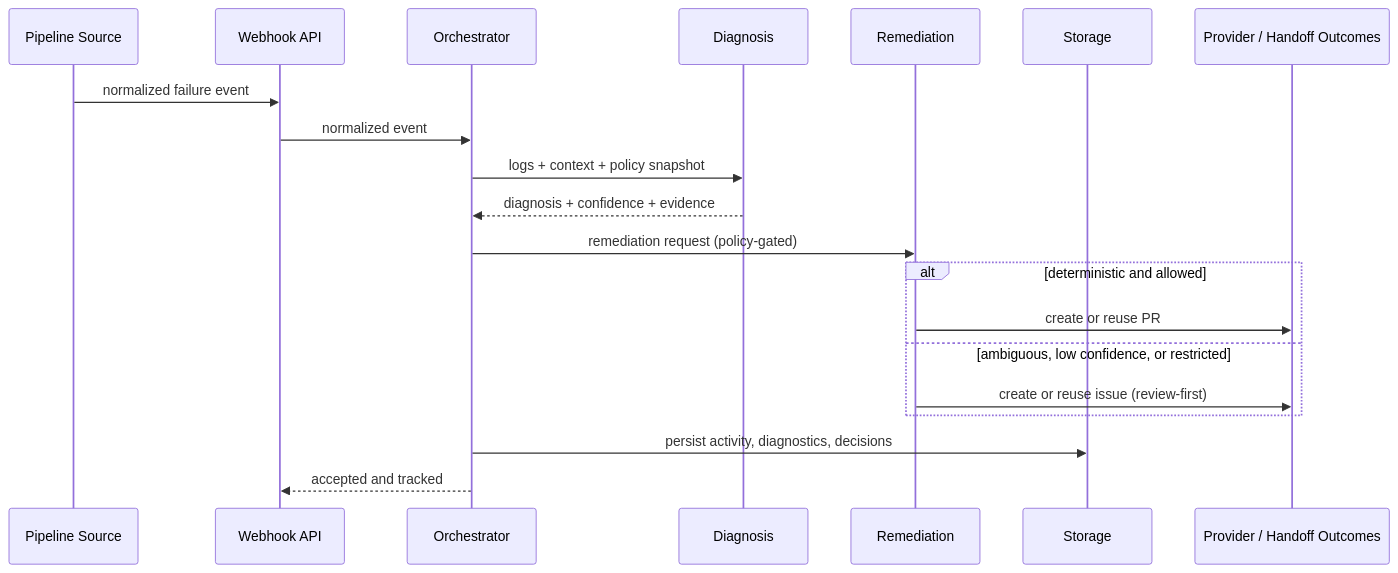
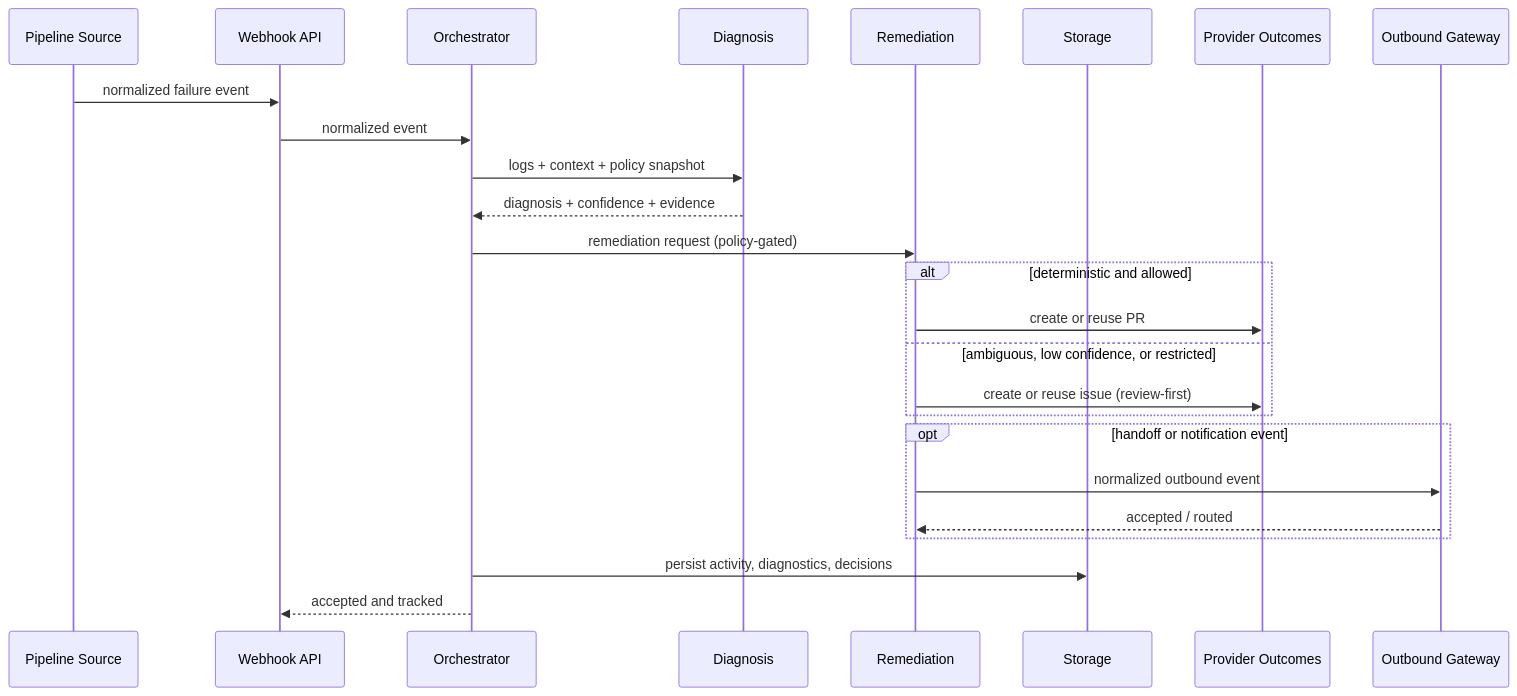
One commit to Canepro/pipelinehealer changed the second of 2 diagrams in README.md. Above: the diagram before and after it, drawn with Mermaid. The commit also changed other lines of this file and 44 other files, not shown here.

````diff
--- a/README.md
+++ b/README.md
@@ -270,23 +280,28 @@
 ```mermaid
 sequenceDiagram
   participant SRC as Pipeline Source
   participant WH as Webhook API
   participant OR as Orchestrator
   participant DI as Diagnosis
   participant RM as Remediation
   participant DB as Storage
-  participant OUT as Provider / Handoff Outcomes
+  participant OUT as Provider Outcomes
+  participant GW as Outbound Gateway
 
   SRC->>WH: normalized failure event
   WH->>OR: normalized event
   OR->>DI: logs + context + policy snapshot
   DI-->>OR: diagnosis + confidence + evidence
   OR->>RM: remediation request (policy-gated)
   alt deterministic and allowed
     RM->>OUT: create or reuse PR
   else ambiguous, low confidence, or restricted
     RM->>OUT: create or reuse issue (review-first)
   end
+  opt handoff or notification event
+    RM->>GW: normalized outbound event
+    GW-->>RM: accepted / routed
+  end
   OR->>DB: persist activity, diagnostics, decisions
   OR-->>WH: accepted and tracked
 ```
````
